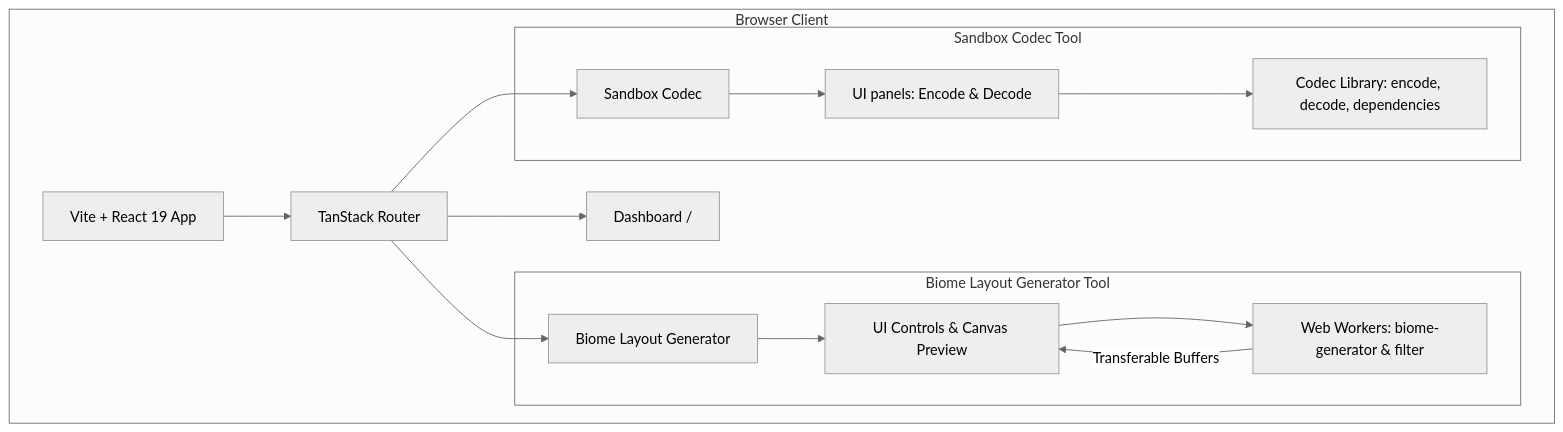
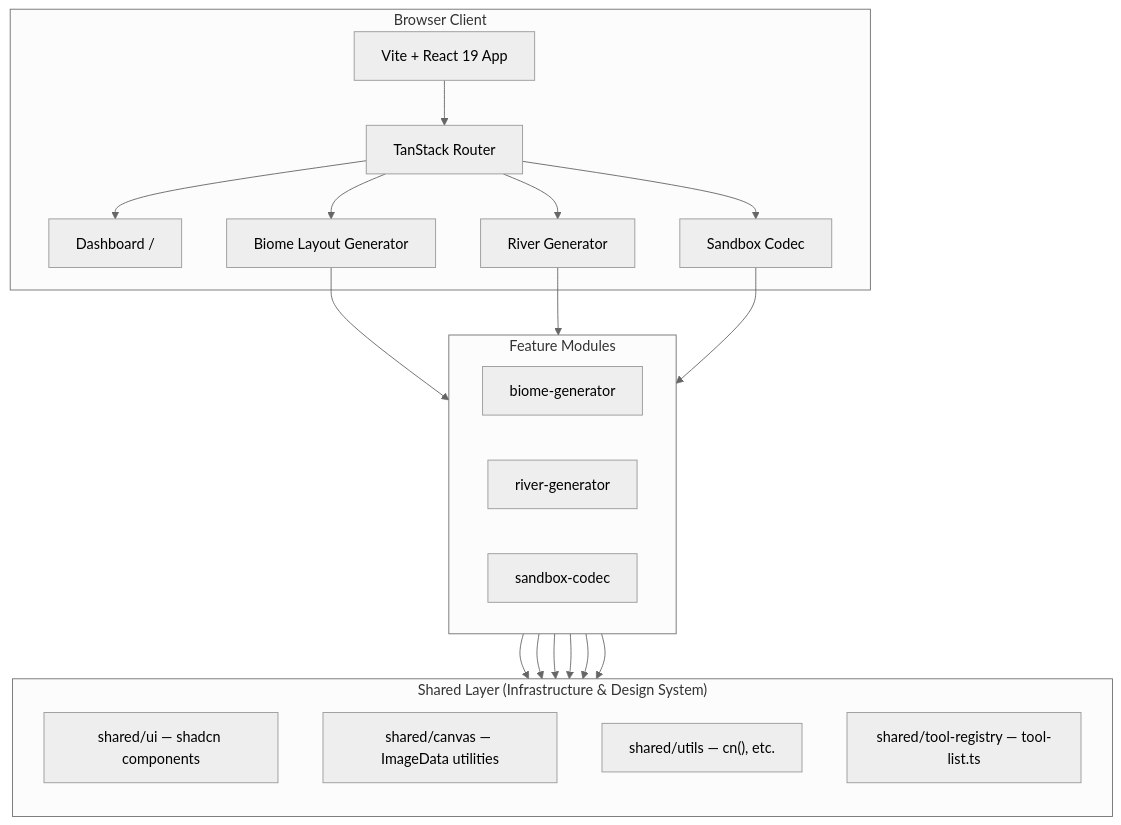
One commit to furaihan/game-tools changed the diagram in README.md. Above: the diagram before and after it, drawn with Mermaid (neutral theme). The commit also changed other lines of this file, not shown here.

Commit message:
docs: update architecture documentation for River Generator
- Added River Generator module description to README
- Updated architecture diagrams and dependency flow
- Clarified development guidelines for shared feature modules

````diff
--- a/README.md
+++ b/README.md
@@ -28,20 +37,38 @@
 ```mermaid
 graph TD
-    subgraph Client [Browser Client]
-        App[Vite + React 19 App] --> Router[TanStack Router]
-        Router --> Dash[Dashboard /]
-        Router --> LayoutGen[Biome Layout Generator]
-        Router --> Codec[Sandbox Codec]
+    subgraph Client ["Browser Client"]
+        App["Vite + React 19 App"] --> Router["TanStack Router"]
+        Router --> Dash["Dashboard /"]
+        Router --> BG["Biome Layout Generator"]
+        Router --> RG["River Generator"]
+        Router --> SC["Sandbox Codec"]
+    end
 
-        subgraph Biome Layout Generator Tool
-            LayoutGen --> UI_Gen[UI Controls & Canvas Preview]
-            UI_Gen --> Worker_Gen[Web Workers: biome-generator & filter]
-            Worker_Gen -->|Transferable Buffers| UI_Gen
-        end
+    subgraph Service ["Feature Modules"]
+        direction LR
+        BG_impl["biome-generator"]
+        RG_impl["river-generator"]
+        SC_impl["sandbox-codec"]
+    end
 
-        subgraph Sandbox Codec Tool
-            Codec --> UI_Codec[UI panels: Encode & Decode]
-            UI_Codec --> Codec_Lib[Codec Library: encode, decode, dependencies]
-        end
+    subgraph Shared ["Shared Layer (Infrastructure & Design System)"]
+        direction TB
+        UI["shared/ui — shadcn components"]
+        Canvas["shared/canvas — ImageData utilities"]
+        Utils["shared/utils — cn(), etc."]
+        Registry["shared/tool-registry — tool-list.ts"]
     end
+
+    BG --> BG_impl
+    RG --> RG_impl
+    SC --> SC_impl
+
+    BG_impl --> UI
+    BG_impl --> Canvas
+    BG_impl --> Utils
+
+    RG_impl --> UI
+    RG_impl --> Utils
+
+    SC_impl --> UI
 ```
````
